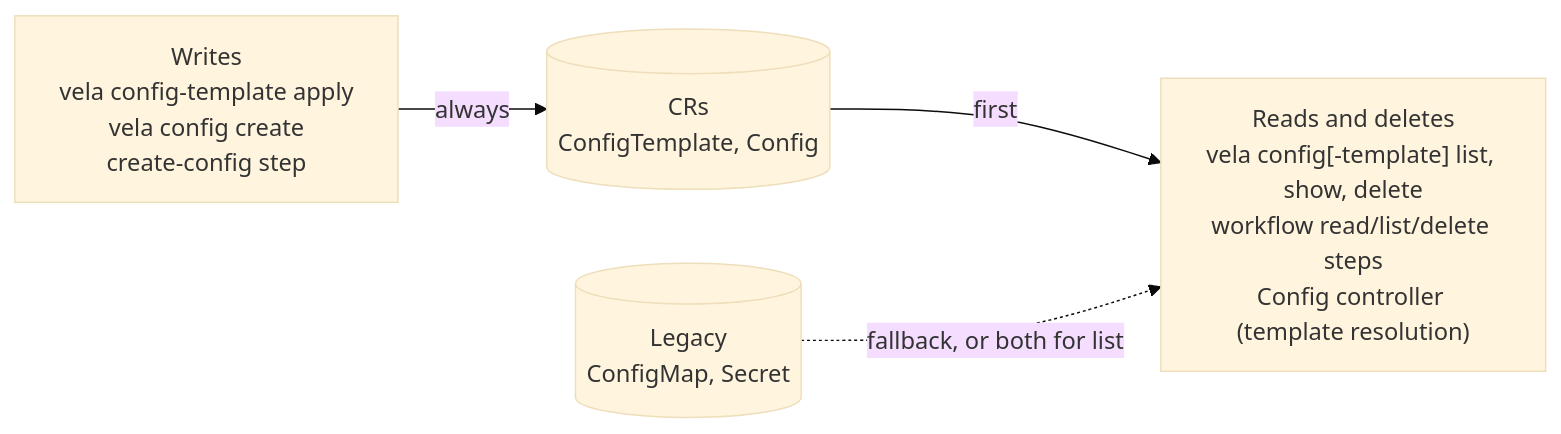
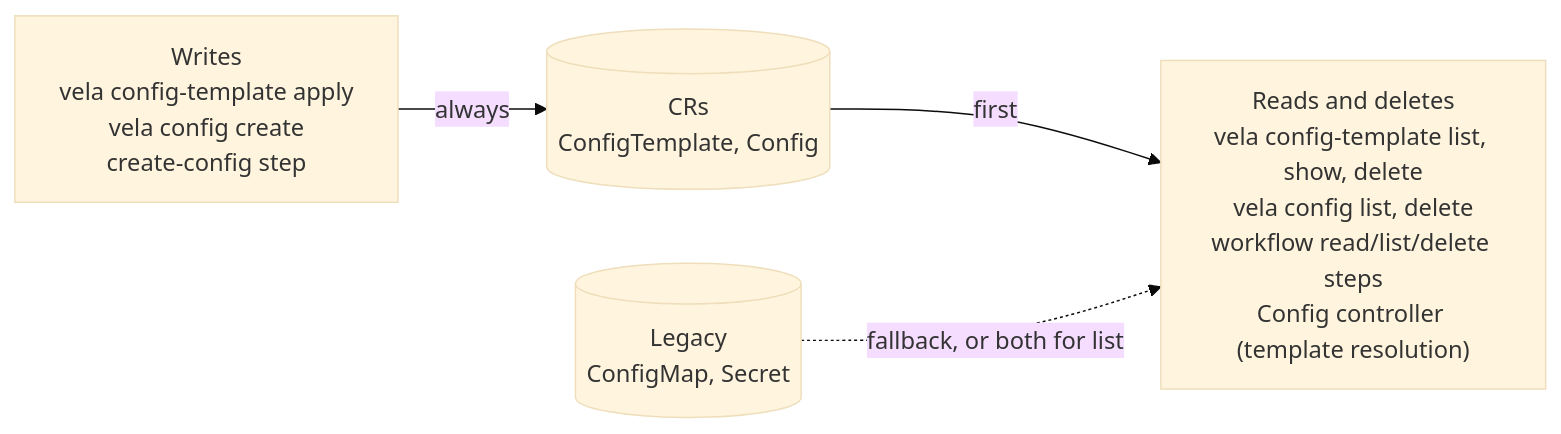
Before and after one commit to kubevela/kubevela: the diagram in design/vela-core/keps/2.18-config-crds/design/02-backward-compatibility-and-cli.md, drawn with Mermaid (base theme). The commit also changed other lines of this file and 9 other files, not shown here.

````diff
--- a/design/vela-core/keps/2.18-config-crds/design/02-backward-compatibility-and-cli.md
+++ b/design/vela-core/keps/2.18-config-crds/design/02-backward-compatibility-and-cli.md
@@ -28,11 +28,11 @@
 ```mermaid
 flowchart LR
     W["Writes<br/>vela config-template apply<br/>vela config create<br/>create-config step"]
     CR[("CRs<br/>ConfigTemplate, Config")]
     LEG[("Legacy<br/>ConfigMap, Secret")]
-    R["Reads and deletes<br/>vela config[-template] list, show, delete<br/>workflow read/list/delete steps<br/>Config controller (template resolution)"]
+    R["Reads and deletes<br/>vela config-template list, show, delete<br/>vela config list, delete<br/>workflow read/list/delete steps<br/>Config controller (template resolution)"]
 
     W -- "always" --> CR
     CR -- "first" --> R
     LEG -. "fallback, or both for list" .-> R
 ```
````
